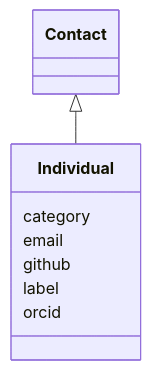
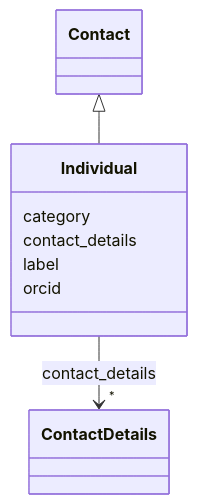
The diagram in docs/schema/Individual.md (Knowledge-Graph-Hub/kg-registry), drawn with Mermaid before and after one commit. The commit also changed other lines of this file and 141 other files, not shown here.

````diff
--- a/docs/schema/Individual.md
+++ b/docs/schema/Individual.md
@@ -24,19 +23,26 @@
 ```mermaid
  classDiagram
     class Individual
-    click Individual href "Individual.html"
+    click Individual href "Individual/.html"
       Contact <|-- Individual
-        click Contact href "Contact.html"
-      
+        click Contact href "Contact/.html"
+
       Individual : category
-        
-      Individual : email
-        
-      Individual : github
-        
+
+      Individual : contact_details
+
+
+
+
+
+        Individual --> "*" ContactDetails : contact_details
+        click ContactDetails href "ContactDetails/.html"
+
+
+
       Individual : label
-        
+
       Individual : orcid
-        
-      
+
+
 ```
````
